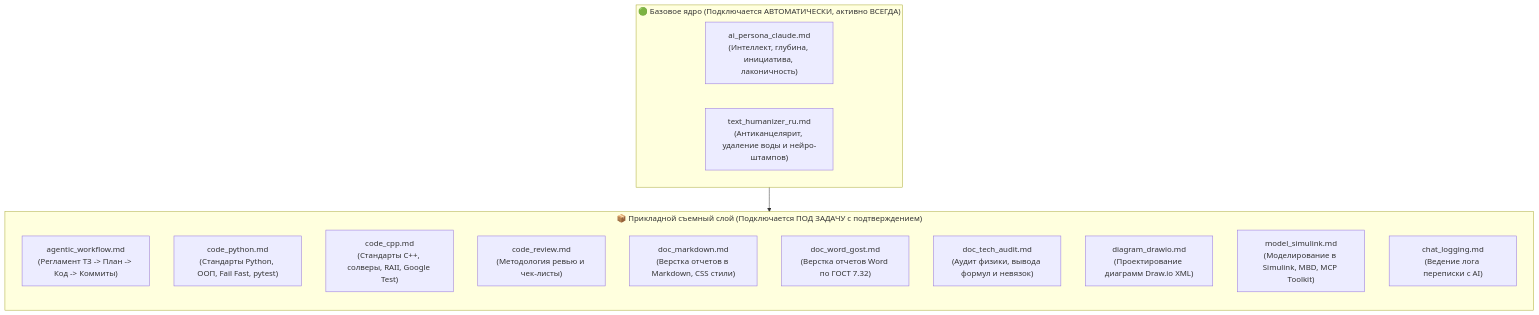
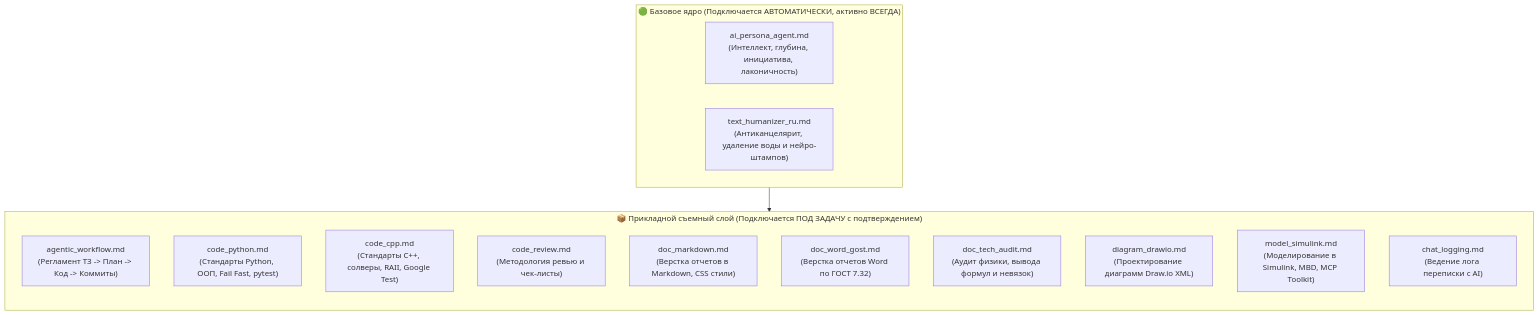
The first of 2 diagrams in README.md (James7underland/agent-instructions), drawn with Mermaid before and after one commit. The commit also changed other lines of this file and 4 other files, not shown here.

Commit message:
refactor: rename ai_persona_claude.md to ai_persona_agent.md and update all references

````diff
--- a/README.md
+++ b/README.md
@@ -12,23 +12,23 @@
 ```mermaid
 graph TD
     subgraph Core["🟢 Базовое ядро (Подключается АВТОМАТИЧЕСКИ, активно ВСЕГДА)"]
-        P["ai_persona_claude.md<br/>(Интеллект, глубина, инициатива, лаконичность)"]
+        P["ai_persona_agent.md<br/>(Интеллект, глубина, инициатива, лаконичность)"]
         H["text_humanizer_ru.md<br/>(Антиканцелярит, удаление воды и нейро-штампов)"]
     end
 
     subgraph Task["📦 Прикладной съемный слой (Подключается ПОД ЗАДАЧУ с подтверждением)"]
         direction TB
         W["agentic_workflow.md<br/>(Регламент ТЗ -> План -> Код -> Коммиты)"]
         PY["code_python.md<br/>(Стандарты Python, ООП, Fail Fast, pytest)"]
         CPP["code_cpp.md<br/>(Стандарты C++, солверы, RAII, Google Test)"]
         CR["code_review.md<br/>(Методология ревью и чек-листы)"]
         MD["doc_markdown.md<br/>(Верстка отчетов в Markdown, CSS стили)"]
         WG["doc_word_gost.md<br/>(Верстка отчетов Word по ГОСТ 7.32)"]
         TA["doc_tech_audit.md<br/>(Аудит физики, вывода формул и невязок)"]
         DR["diagram_drawio.md<br/>(Проектирование диаграмм Draw.io XML)"]
         SL["model_simulink.md<br/>(Моделирование в Simulink, MBD, MCP Toolkit)"]
         LOG["chat_logging.md<br/>(Ведение лога переписки с AI)"]
     end
 
     Core --> Task
 ```
````
